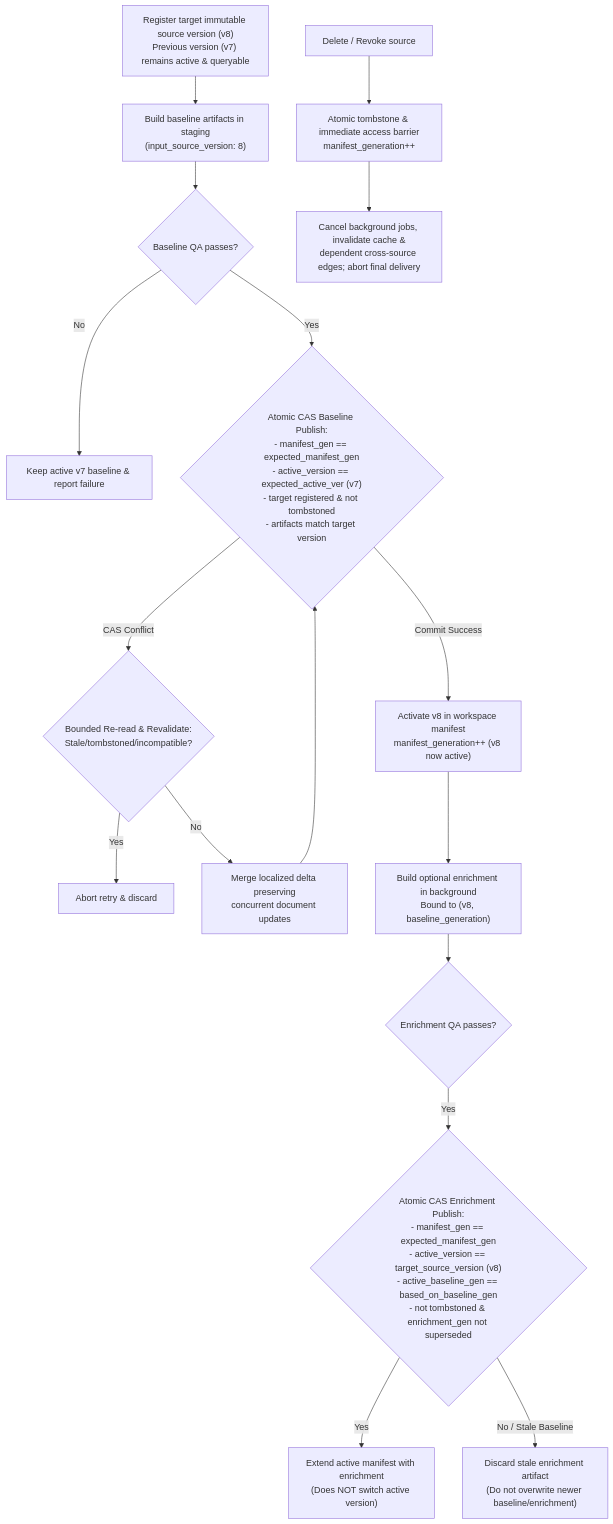
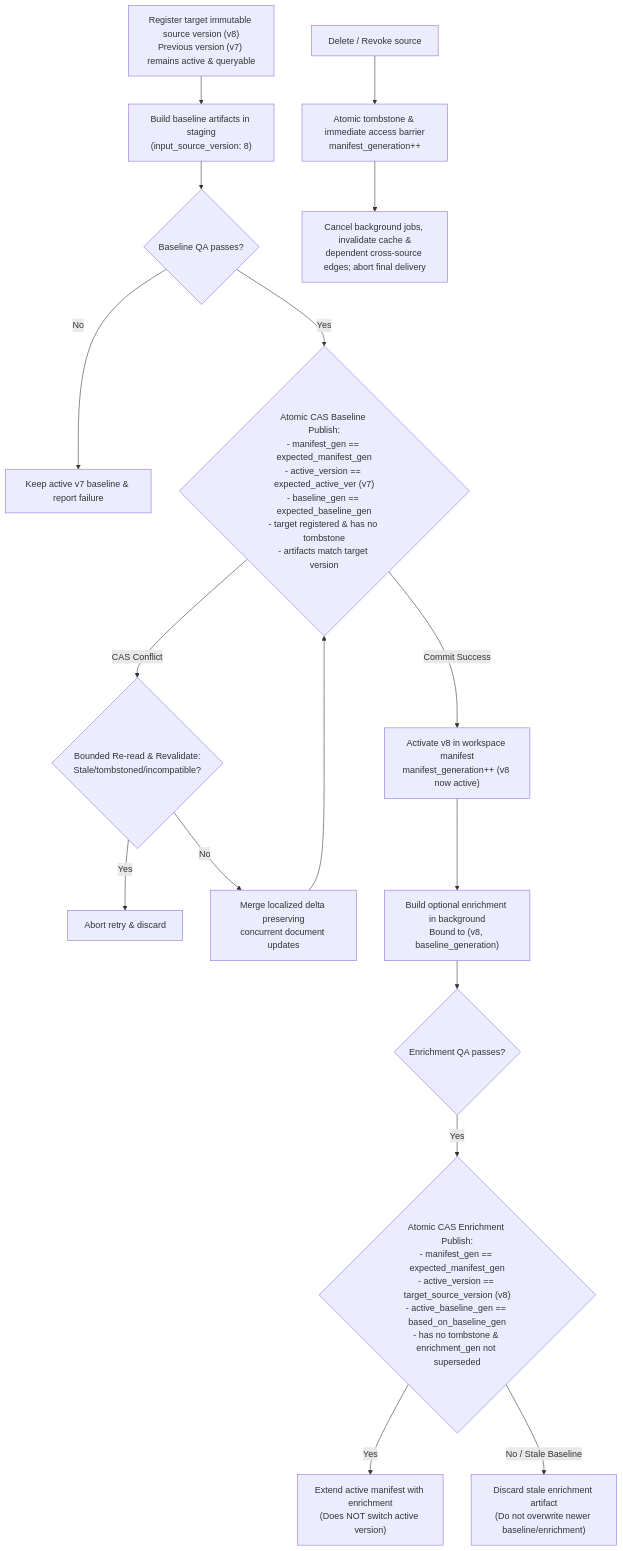
One commit to SGOD-pro/knowledge-retrieval-engine changed the diagram in docs/diagrams/09_LIFECYCLE.md. Above: the diagram before and after it, drawn with Mermaid. The commit also changed 4 other files, not shown here.

````diff
--- a/docs/diagrams/09_LIFECYCLE.md
+++ b/docs/diagrams/09_LIFECYCLE.md
@@ -3,21 +3,21 @@
 ```mermaid
 flowchart TB
     REG["Register target immutable source version (v8)\nPrevious version (v7) remains active & queryable"] --> STAGE["Build baseline artifacts in staging\n(input_source_version: 8)"]
     STAGE --> BQA{"Baseline QA passes?"}
     BQA -->|No| FAIL["Keep active v7 baseline & report failure"]
-    BQA -->|Yes| CAS_BASE{"Atomic CAS Baseline Publish:\n- manifest_gen == expected_manifest_gen\n- active_version == expected_active_ver (v7)\n- target registered & not tombstoned\n- artifacts match target version"}
+    BQA -->|Yes| CAS_BASE{"Atomic CAS Baseline Publish:\n- manifest_gen == expected_manifest_gen\n- active_version == expected_active_ver (v7)\n- baseline_gen == expected_baseline_gen\n- target registered & has no tombstone\n- artifacts match target version"}
     CAS_BASE -->|CAS Conflict| RETRY{"Bounded Re-read & Revalidate:\nStale/tombstoned/incompatible?"}
     RETRY -->|Yes| ABORT["Abort retry & discard"]
     RETRY -->|No| MERGE_DELTA["Merge localized delta preserving\nconcurrent document updates"]
     MERGE_DELTA --> CAS_BASE
     CAS_BASE -->|Commit Success| ACTIVATE["Activate v8 in workspace manifest\nmanifest_generation++ (v8 now active)"]
 
     ACTIVATE --> ENR_BUILD["Build optional enrichment in background\nBound to (v8, baseline_generation)"]
     ENR_BUILD --> EQA{"Enrichment QA passes?"}
-    EQA -->|Yes| CAS_ENR{"Atomic CAS Enrichment Publish:\n- manifest_gen == expected_manifest_gen\n- active_version == target_source_version (v8)\n- active_baseline_gen == based_on_baseline_gen\n- not tombstoned & enrichment_gen not superseded"}
+    EQA -->|Yes| CAS_ENR{"Atomic CAS Enrichment Publish:\n- manifest_gen == expected_manifest_gen\n- active_version == target_source_version (v8)\n- active_baseline_gen == based_on_baseline_gen\n- has no tombstone & enrichment_gen not superseded"}
     CAS_ENR -->|Yes| ENR_EXTEND["Extend active manifest with enrichment\n(Does NOT switch active version)"]
     CAS_ENR -->|No / Stale Baseline| ENR_DISC["Discard stale enrichment artifact\n(Do not overwrite newer baseline/enrichment)"]
 
     DEL["Delete / Revoke source"] --> TOMB["Atomic tombstone & immediate access barrier\nmanifest_generation++"]
     TOMB --> CLEANUP["Cancel background jobs, invalidate cache &\ndependent cross-source edges; abort final delivery"]
 ```
````
